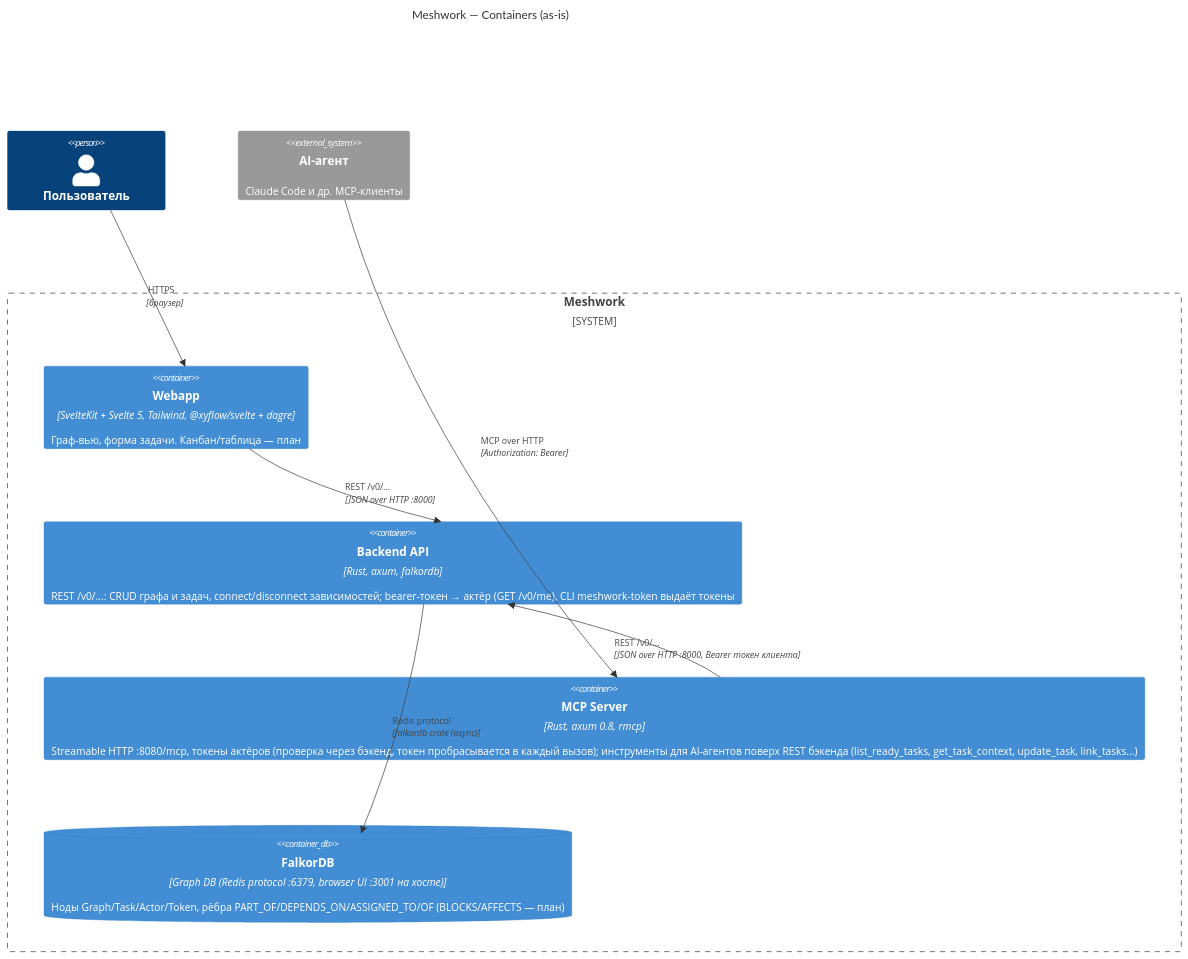
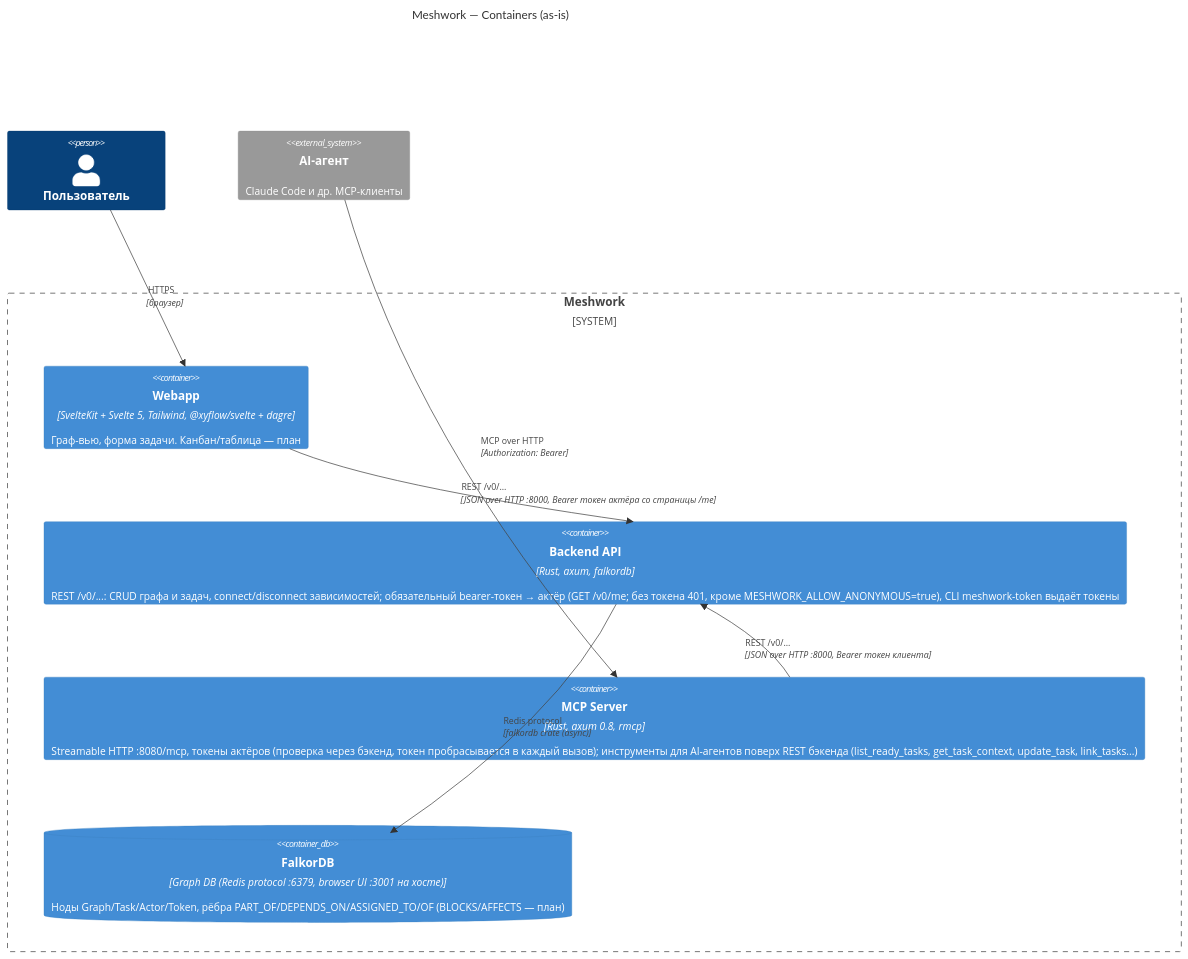
One commit to NotBioWaste905/Meshwork changed the second of 3 diagrams in docs/architecture.md. Above: the diagram before and after it, drawn with Mermaid. The commit also changed 16 other files, not shown here.

````diff
--- a/docs/architecture.md
+++ b/docs/architecture.md
@@ -32,20 +32,20 @@
 ```mermaid
 C4Container
     title Meshwork — Containers (as-is)
 
     Person(user, "Пользователь")
     System_Ext(agent, "AI-агент", "Claude Code и др. MCP-клиенты")
 
     System_Boundary(meshwork, "Meshwork") {
         Container(frontend, "Webapp", "SvelteKit + Svelte 5, Tailwind, @xyflow/svelte + dagre", "Граф-вью, форма задачи. Канбан/таблица — план")
-        Container(backend, "Backend API", "Rust, axum, falkordb", "REST /v0/...: CRUD графа и задач, connect/disconnect зависимостей; bearer-токен → актёр (GET /v0/me), CLI meshwork-token выдаёт токены")
+        Container(backend, "Backend API", "Rust, axum, falkordb", "REST /v0/...: CRUD графа и задач, connect/disconnect зависимостей; обязательный bearer-токен → актёр (GET /v0/me; без токена 401, кроме MESHWORK_ALLOW_ANONYMOUS=true), CLI meshwork-token выдаёт токены")
         Container(mcp, "MCP Server", "Rust, axum 0.8, rmcp", "Streamable HTTP :8080/mcp, токены актёров (проверка через бэкенд, токен пробрасывается в каждый вызов); инструменты для AI-агентов поверх REST бэкенда (list_ready_tasks, get_task_context, update_task, link_tasks...)")
         ContainerDb(db, "FalkorDB", "Graph DB (Redis protocol :6379, browser UI :3001 на хосте)", "Ноды Graph/Task/Actor/Token, рёбра PART_OF/DEPENDS_ON/ASSIGNED_TO/OF (BLOCKS/AFFECTS — план)")
     }
 
     Rel(user, frontend, "HTTPS", "браузер")
-    Rel(frontend, backend, "REST /v0/...", "JSON over HTTP :8000")
+    Rel(frontend, backend, "REST /v0/...", "JSON over HTTP :8000, Bearer токен актёра со страницы /me")
     Rel(backend, db, "Redis protocol", "falkordb crate (async)")
     Rel(agent, mcp, "MCP over HTTP", "Authorization: Bearer")
     Rel(mcp, backend, "REST /v0/...", "JSON over HTTP :8000, Bearer токен клиента")
 ```
````
